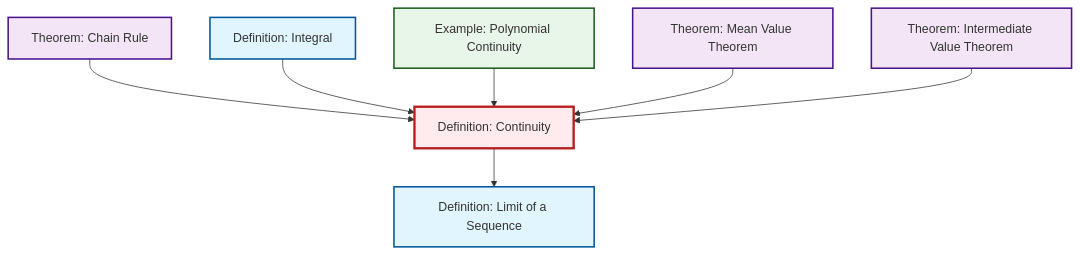
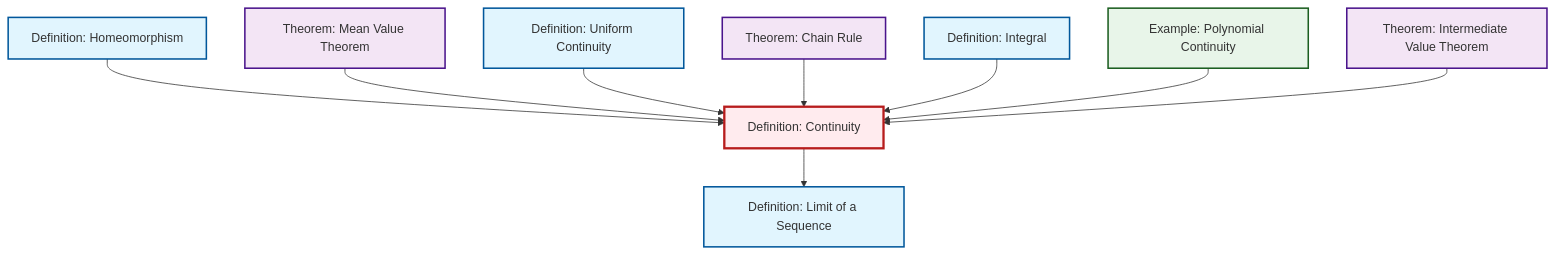
Before and after one commit to RK0429/ModernMath: the diagram in content/en/analysis/def-continuity.qmd, drawn with Mermaid. The commit also changed 474 other files, not shown here.

````diff
--- a/content/en/analysis/def-continuity.qmd
+++ b/content/en/analysis/def-continuity.qmd
@@ -57,29 +57,35 @@
 ```{mermaid}
 %%| fig-cap: "Local dependency graph"
 graph TD
     classDef definition fill:#e1f5fe,stroke:#01579b,stroke-width:2px
     classDef theorem fill:#f3e5f5,stroke:#4a148c,stroke-width:2px
     classDef axiom fill:#fff3e0,stroke:#e65100,stroke-width:2px
     classDef example fill:#e8f5e9,stroke:#1b5e20,stroke-width:2px
     classDef current fill:#ffebee,stroke:#b71c1c,stroke-width:3px
+    ex-polynomial-continuity["Example: Polynomial Continuity"]:::example
+    def-uniform-continuity["Definition: Uniform Continuity"]:::definition
+    def-limit["Definition: Limit of a Sequence"]:::definition
+    def-continuity["Definition: Continuity"]:::definition
+    def-homeomorphism["Definition: Homeomorphism"]:::definition
+    thm-mean-value["Theorem: Mean Value Theorem"]:::theorem
     thm-chain-rule["Theorem: Chain Rule"]:::theorem
     def-integral["Definition: Integral"]:::definition
     thm-intermediate-value["Theorem: Intermediate Value Theorem"]:::theorem
-    def-continuity["Definition: Continuity"]:::definition
-    ex-polynomial-continuity["Example: Polynomial Continuity"]:::example
-    def-limit["Definition: Limit of a Sequence"]:::definition
-    thm-mean-value["Theorem: Mean Value Theorem"]:::theorem
+    def-homeomorphism --> def-continuity
+    thm-mean-value --> def-continuity
+    def-uniform-continuity --> def-continuity
     thm-chain-rule --> def-continuity
+    def-continuity --> def-limit
     def-integral --> def-continuity
     ex-polynomial-continuity --> def-continuity
-    def-continuity --> def-limit
-    thm-mean-value --> def-continuity
     thm-intermediate-value --> def-continuity
     class def-continuity current
+    click ex-polynomial-continuity "ex-polynomial-continuity.html" "Go to Polynomial Continuity example"
+    click def-uniform-continuity "def-uniform-continuity.html" "Go to Uniform Continuity definition"
+    click def-limit "def-limit.html" "Go to Limit of a Sequence definition"
+    click def-homeomorphism "def-homeomorphism.html" "Go to Homeomorphism definition"
+    click thm-mean-value "thm-mean-value.html" "Go to Mean Value Theorem theorem"
     click thm-chain-rule "thm-chain-rule.html" "Go to Chain Rule theorem"
     click def-integral "def-integral.html" "Go to Integral definition"
     click thm-intermediate-value "thm-intermediate-value.html" "Go to Intermediate Value Theorem theorem"
-    click ex-polynomial-continuity "ex-polynomial-continuity.html" "Go to Polynomial Continuity example"
-    click def-limit "def-limit.html" "Go to Limit of a Sequence definition"
-    click thm-mean-value "thm-mean-value.html" "Go to Mean Value Theorem theorem"
 ```
````
